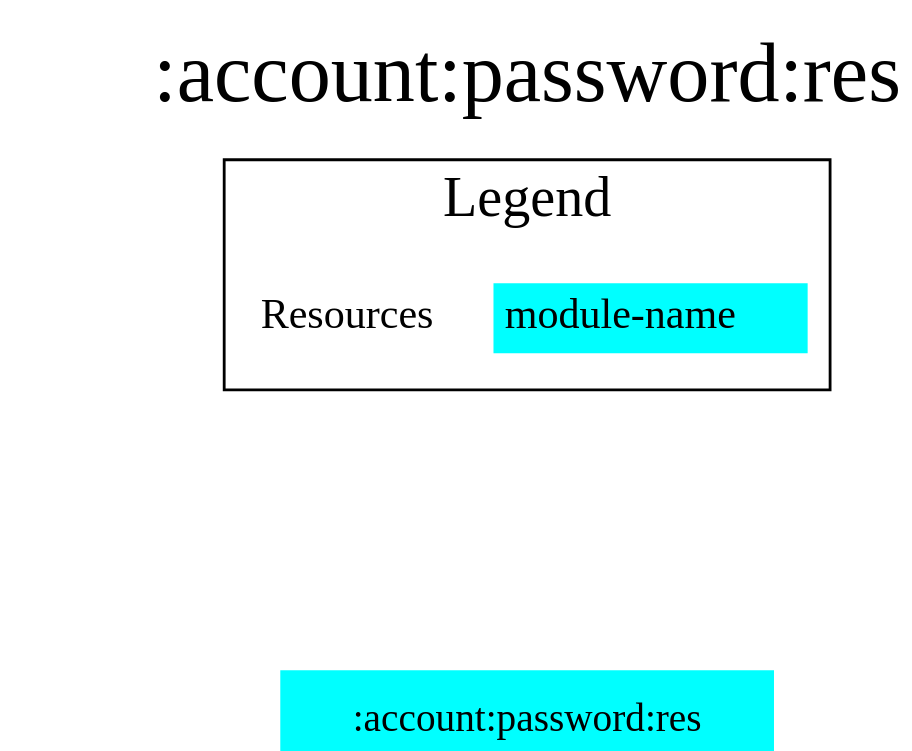
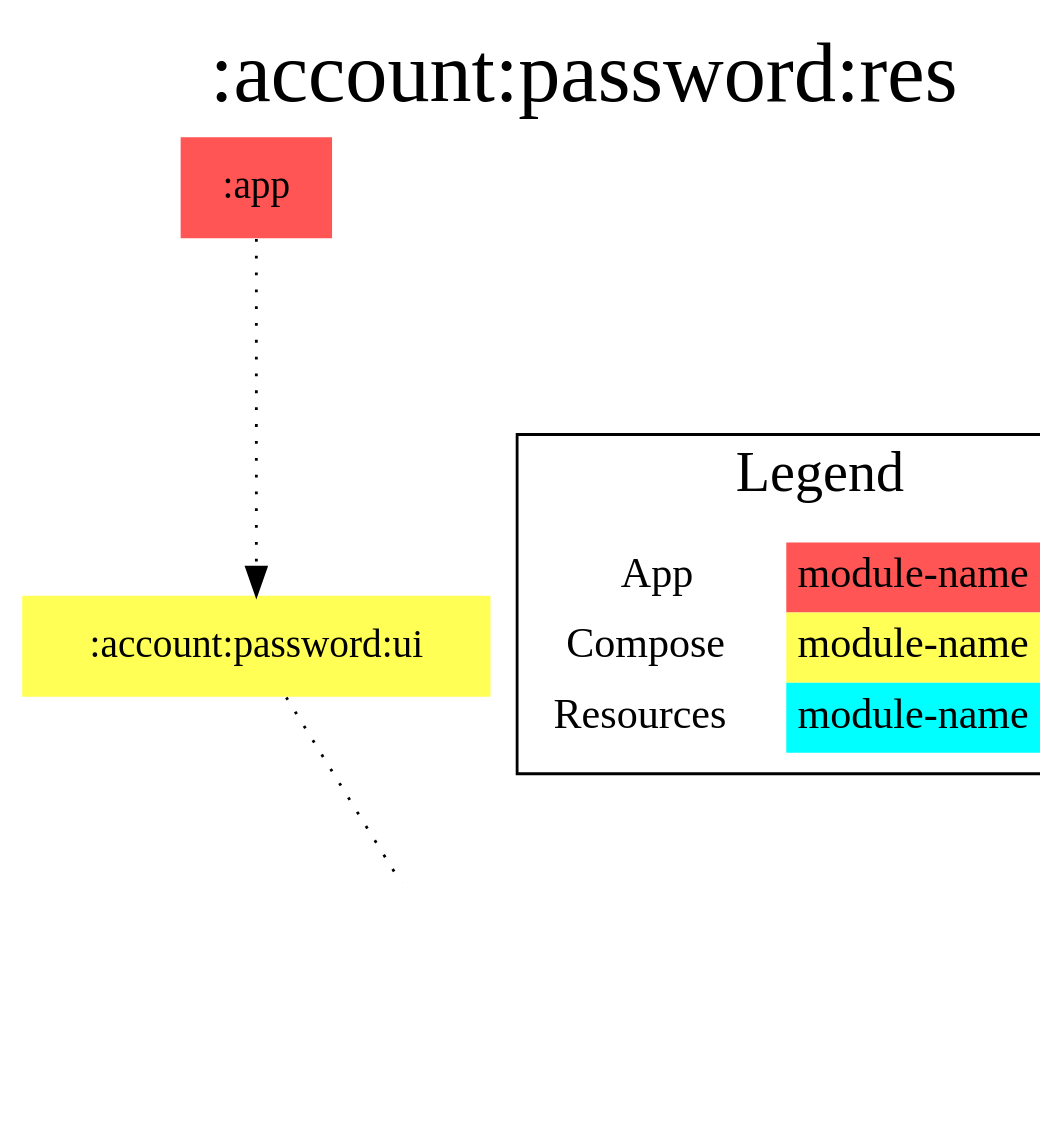
One commit to jonapoul/aktual changed the diagram in modules/account/password/res/modules.dot. Above: the diagram before and after it, drawn with Graphviz. The commit also changed 134 other files, not shown here.

Commit message:
Use gradle caching for module diagrams

```diff
--- a/modules/account/password/res/modules.dot
+++ b/modules/account/password/res/modules.dot
@@ -1,20 +1,26 @@
 digraph {
 edge ["dir"="forward"]
 graph ["dpi"="100","label"=":account:password:res","labelloc"="t","fontsize"="30","ranksep"="1.5","rankdir"="TB"]
 node ["style"="filled"]
-":account:password:res" ["fillcolor"="#00FFFF","shape"="none"]
+":account:password:res" ["fillcolor"="#00FFFF","color"="black","penwidth"="3","shape"="box"]
+":account:password:ui" ["fillcolor"="#FFFF55","shape"="none"]
+":app" ["fillcolor"="#FF5555","shape"="none"]
 {
 edge ["dir"="none"]
 graph ["rank"="same"]
 ":account:password:res"
 }
+":account:password:ui" -> ":account:password:res" ["style"="dotted"]
+":app" -> ":account:password:ui" ["style"="dotted"]
 subgraph "cluster_legend" {
 edge ["dir"="none"]
 graph ["label"="Legend","fontsize"="20"]
 "Legend" ["style"="filled","fillcolor"="#FFFFFF","shape"="none","margin"="0","fontsize"="15","label"=<
 <TABLE BORDER="0" CELLBORDER="0" CELLSPACING="0" CELLPADDING="4">
+<TR><TD>App</TD><TD BGCOLOR="#FF5555">module-name</TD></TR>
+<TR><TD>Compose</TD><TD BGCOLOR="#FFFF55">module-name</TD></TR>
 <TR><TD>Resources</TD><TD BGCOLOR="#00FFFF">module-name</TD></TR>
 </TABLE>
 >]
 } -> ":account:password:res" ["style"="invis"]
 }
```
